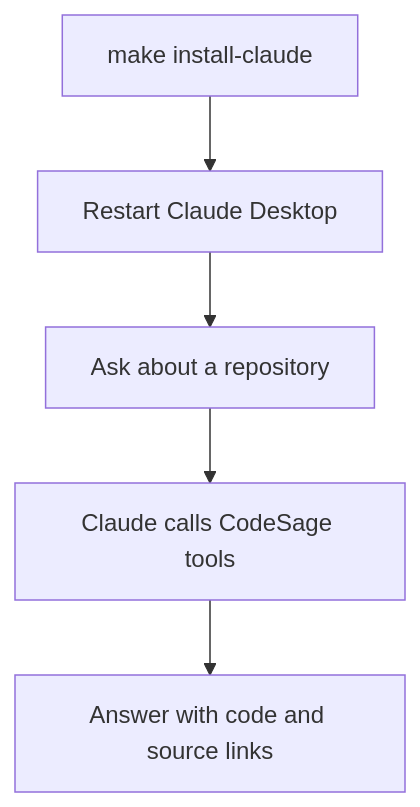
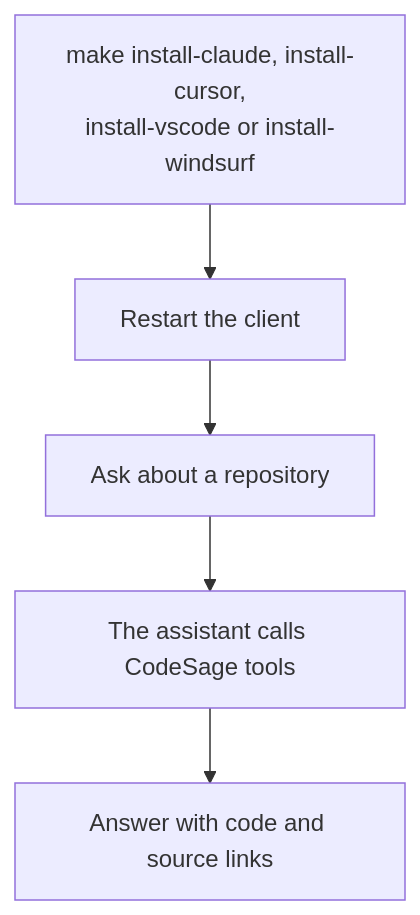
One commit to ntanwir10/codesage-algolia-challenge changed the seventh of 8 diagrams in README.md. Above: the diagram before and after it, drawn with Mermaid. The commit also changed other lines of this file and 6 other files, not shown here.

First line of the commit message:
Installers for Cursor, VS Code and Windsurf; dry runs print only the CodeSage entry

````diff
--- a/README.md
+++ b/README.md
@@ -164,7 +164,7 @@
 ```mermaid
 flowchart TB
-    install["make install-claude"] --> restart["Restart Claude Desktop"]
+    install["make install-claude, install-cursor,<br/>install-vscode or install-windsurf"] --> restart["Restart the client"]
     restart --> ask["Ask about a repository"]
-    ask --> tools["Claude calls CodeSage tools"]
+    ask --> tools["The assistant calls CodeSage tools"]
     tools --> answer["Answer with code and source links"]
 ```
````
